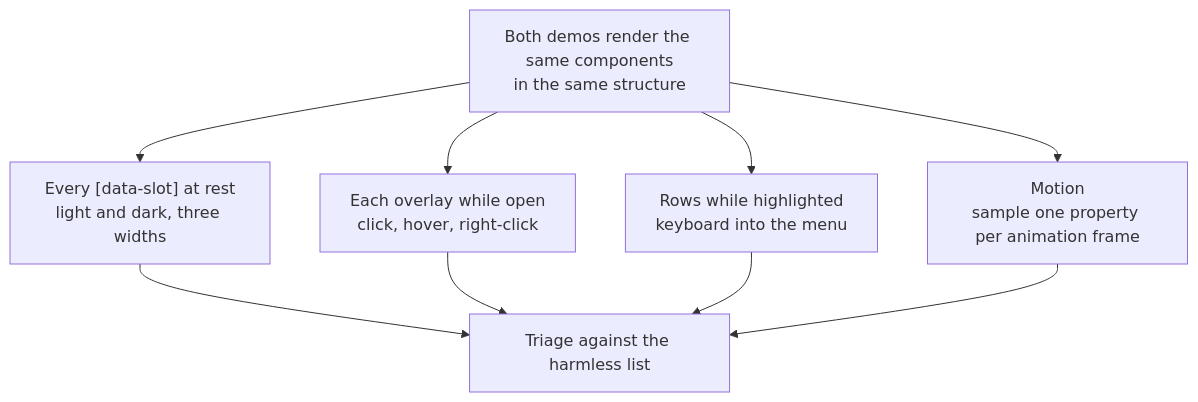
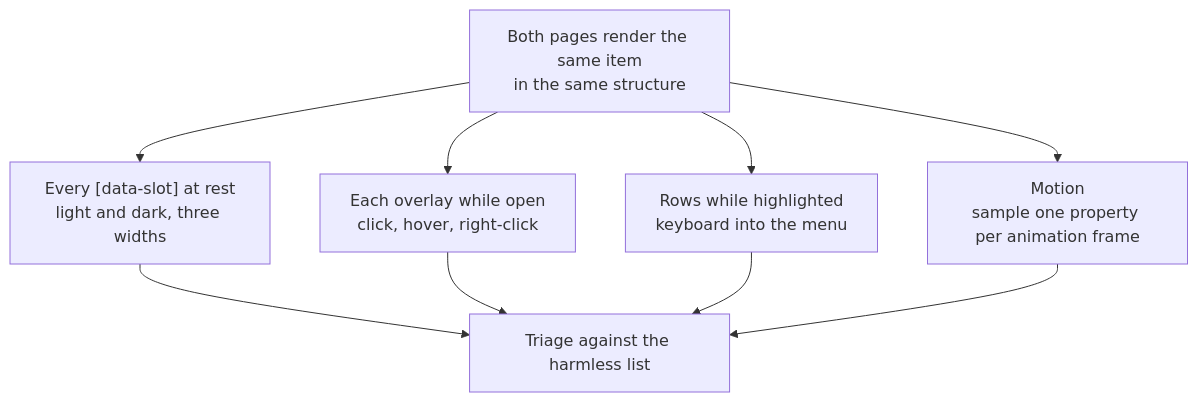
Before and after one commit to kirana-style/kirana-ui: the third of 4 diagrams in docs/workflows.md, drawn with Mermaid. The commit also changed other lines of this file and 677 other files, not shown here.

````diff
--- a/docs/workflows.md
+++ b/docs/workflows.md
@@ -325,8 +289,8 @@
 ```mermaid
 flowchart TD
-    A["Both demos render the same components<br/>in the same structure"] --> B["Every [data-slot] at rest<br/>light and dark, three widths"]
+    A["Both pages render the same item<br/>in the same structure"] --> B["Every [data-slot] at rest<br/>light and dark, three widths"]
     A --> C["Each overlay while open<br/>click, hover, right-click"]
     A --> D["Rows while highlighted<br/>keyboard into the menu"]
     A --> E["Motion<br/>sample one property per animation frame"]
     B & C & D & E --> F["Triage against the harmless list"]
 ```
````
